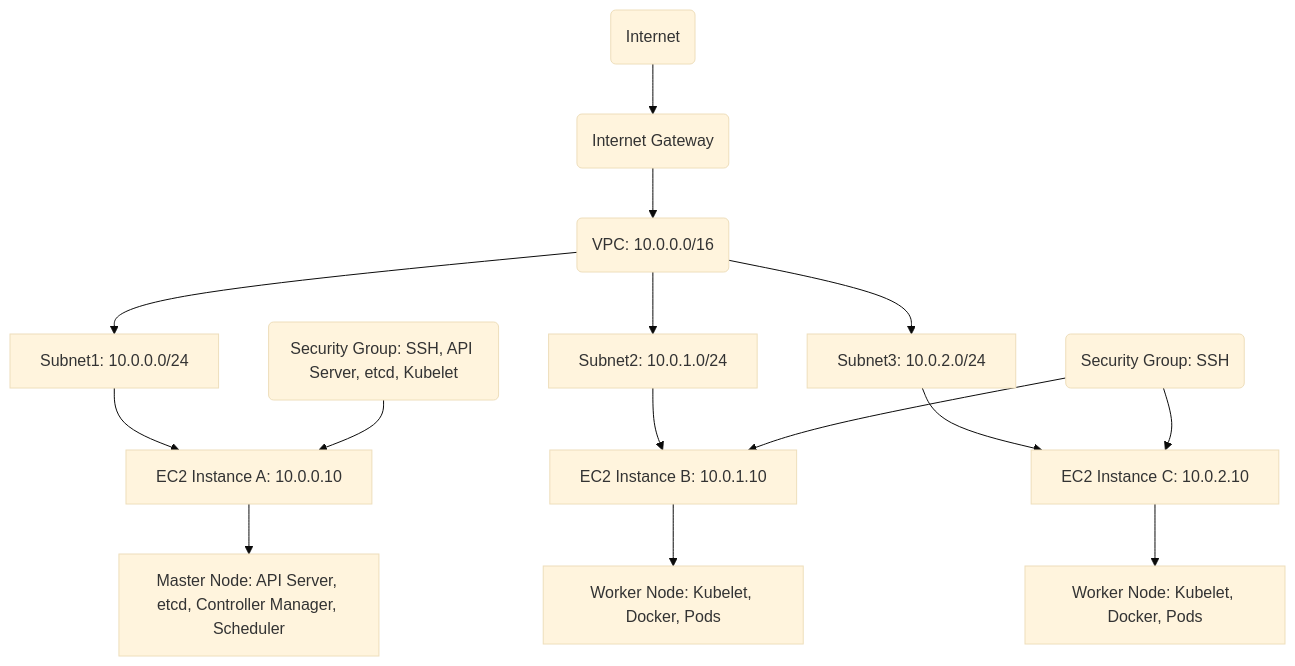
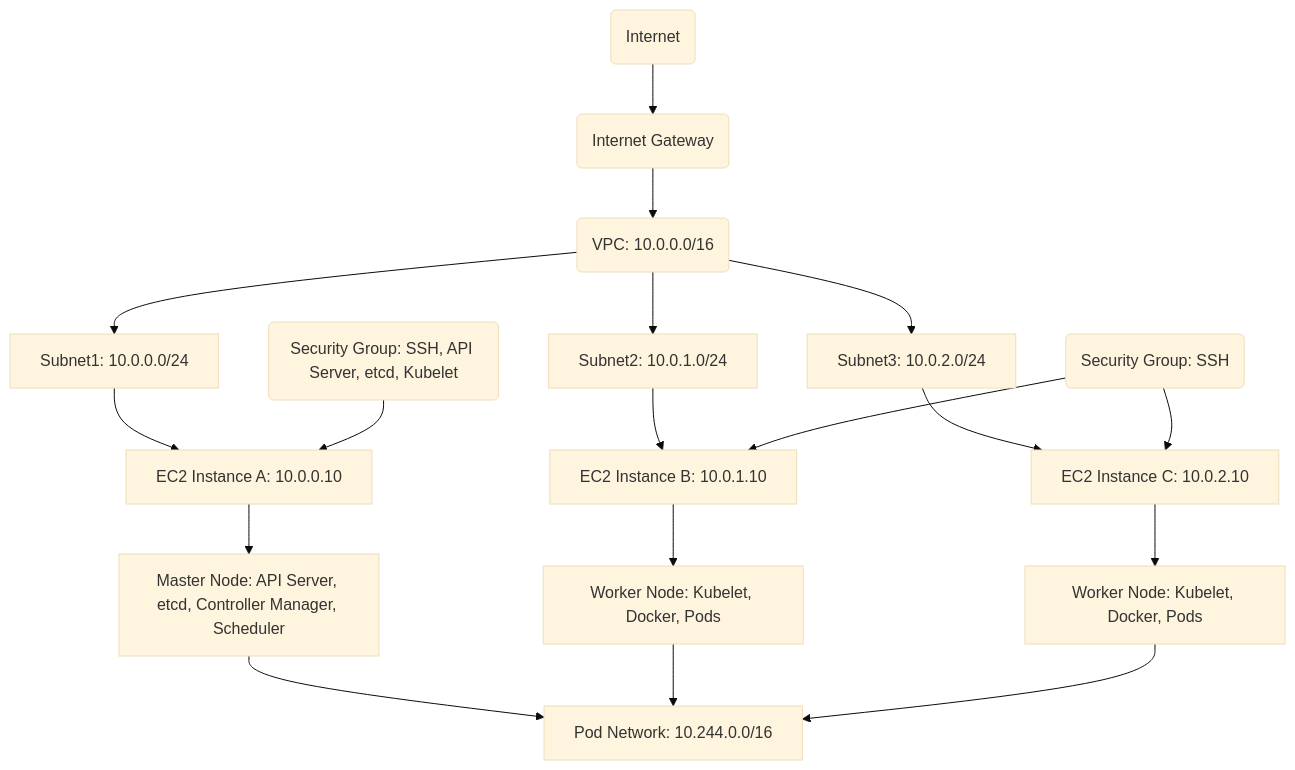
The diagram in kubernetes/kubernetes-the-loftwah-way/README.md (loftwah/tech-101), drawn with Mermaid (base theme) before and after one commit.

Commit message:
add more detail to diagram

````diff
--- a/kubernetes/kubernetes-the-loftwah-way/README.md
+++ b/kubernetes/kubernetes-the-loftwah-way/README.md
@@ -40,31 +40,35 @@
 ```mermaid
 graph TB
     internet(Internet)
     ig(Internet Gateway)
     vpc(VPC: 10.0.0.0/16)
     subnet1[Subnet1: 10.0.0.0/24]
     subnet2[Subnet2: 10.0.1.0/24]
     subnet3[Subnet3: 10.0.2.0/24]
     sg1(Security Group: SSH, API Server, etcd, Kubelet)
     sg2(Security Group: SSH)
     ec2a[EC2 Instance A: 10.0.0.10]
     ec2b[EC2 Instance B: 10.0.1.10]
     ec2c[EC2 Instance C: 10.0.2.10]
     master[Master Node: API Server, etcd, Controller Manager, Scheduler]
     worker1[Worker Node: Kubelet, Docker, Pods]
     worker2[Worker Node: Kubelet, Docker, Pods]
+    podnet[Pod Network: 10.244.0.0/16]
     internet --> ig
     ig --> vpc
     vpc --> subnet1
     vpc --> subnet2
     vpc --> subnet3
     subnet1 --> ec2a
     subnet2 --> ec2b
     subnet3 --> ec2c
     sg1 --> ec2a
     sg2 --> ec2b
     sg2 --> ec2c
     ec2a --> master
     ec2b --> worker1
     ec2c --> worker2
+    master --> podnet
+    worker1 --> podnet
+    worker2 --> podnet
 ```
````
